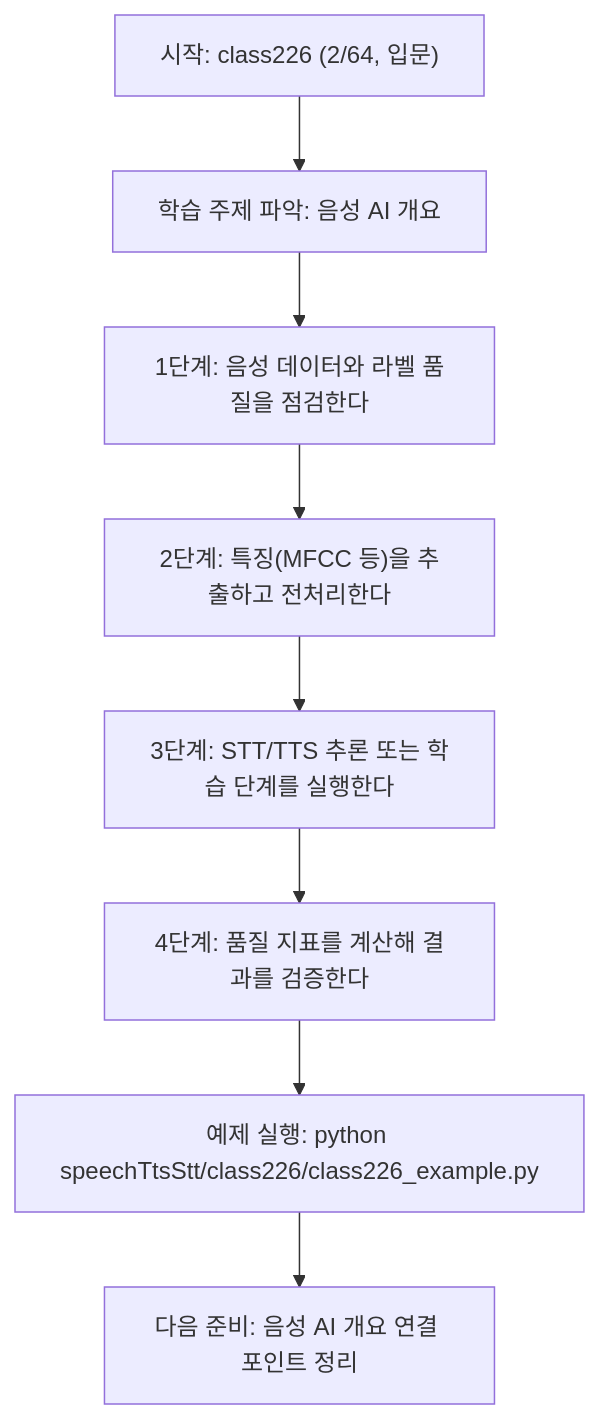
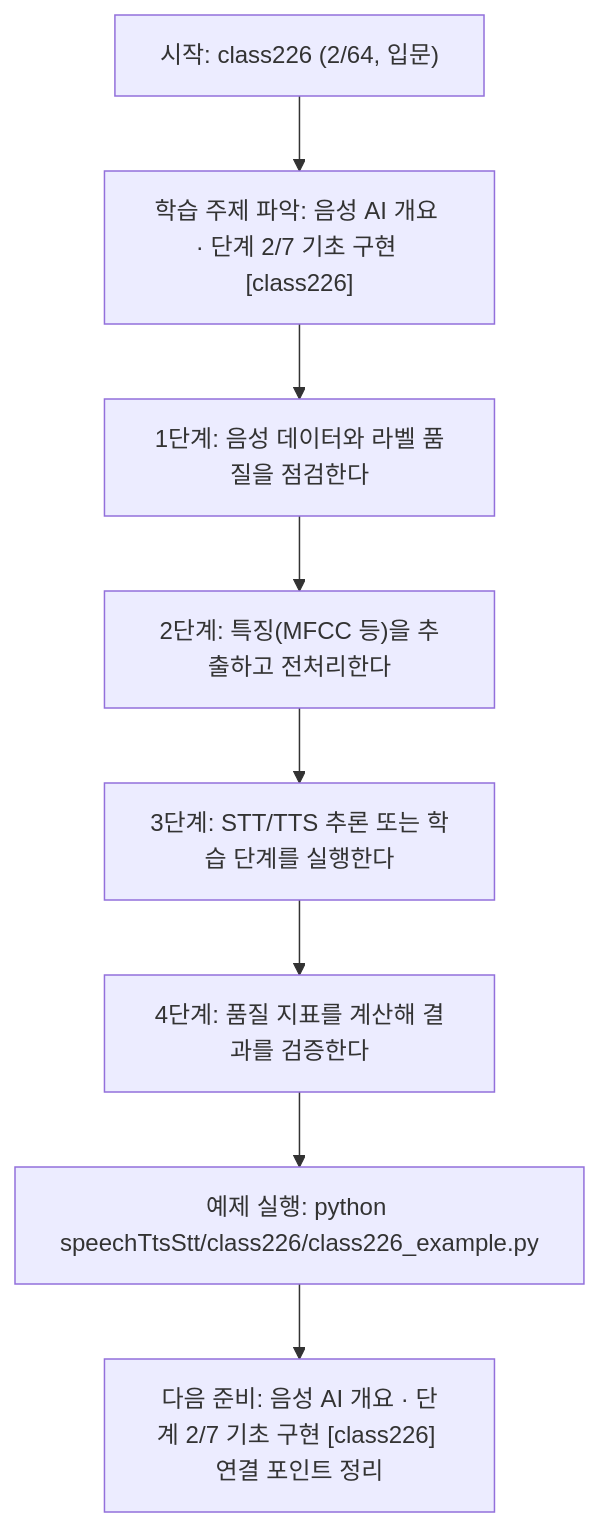
One commit to edumgt/Python-AI_Agent-Class changed the diagram in speechTtsStt/class226/class226.md. Above: the diagram before and after it, drawn with Mermaid. The commit also changed other lines of this file and 522 other files, not shown here.

````diff
--- a/speechTtsStt/class226/class226.md
+++ b/speechTtsStt/class226/class226.md
@@ -113,18 +114,18 @@
 ```mermaid
 flowchart TD
 N1["시작: class226 (2/64, 입문)"]
-N2["학습 주제 파악: 음성 AI 개요"]
+N2["학습 주제 파악: 음성 AI 개요 · 단계 2/7 기초 구현 [class226]"]
 N3["1단계: 음성 데이터와 라벨 품질을 점검한다"]
 N4["2단계: 특징(MFCC 등)을 추출하고 전처리한다"]
 N5["3단계: STT/TTS 추론 또는 학습 단계를 실행한다"]
 N6["4단계: 품질 지표를 계산해 결과를 검증한다"]
 N7["예제 실행: python speechTtsStt/class226/class226_example.py"]
-N8["다음 준비: 음성 AI 개요 연결 포인트 정리"]
+N8["다음 준비: 음성 AI 개요 · 단계 2/7 기초 구현 [class226] 연결 포인트 정리"]
 N1 --> N2
 N2 --> N3
 N3 --> N4
 N4 --> N5
 N5 --> N6
 N6 --> N7
 N7 --> N8
 ```
````
